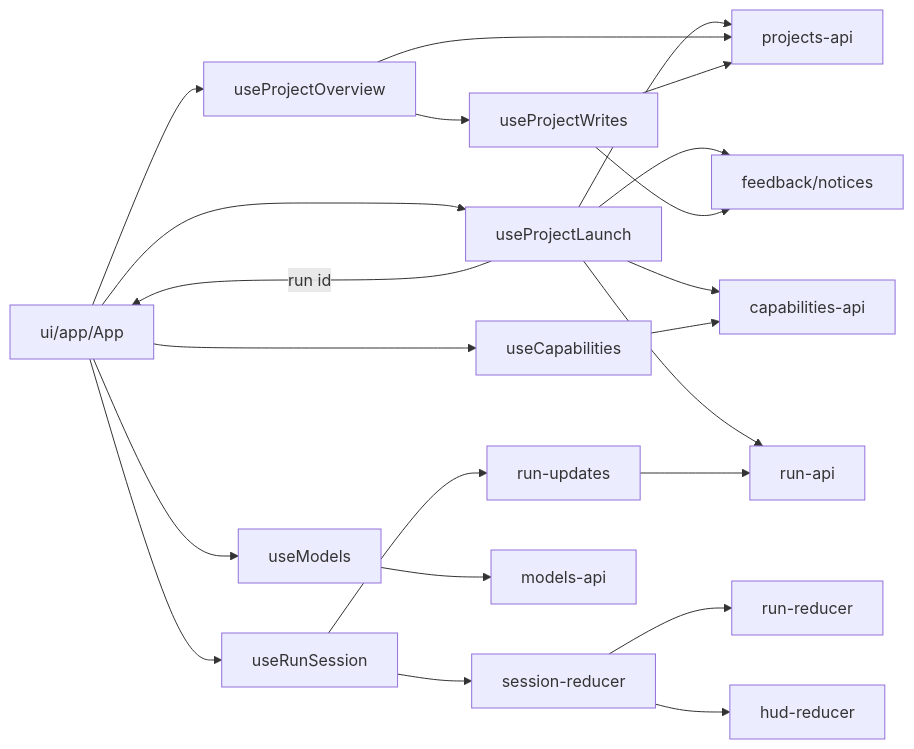
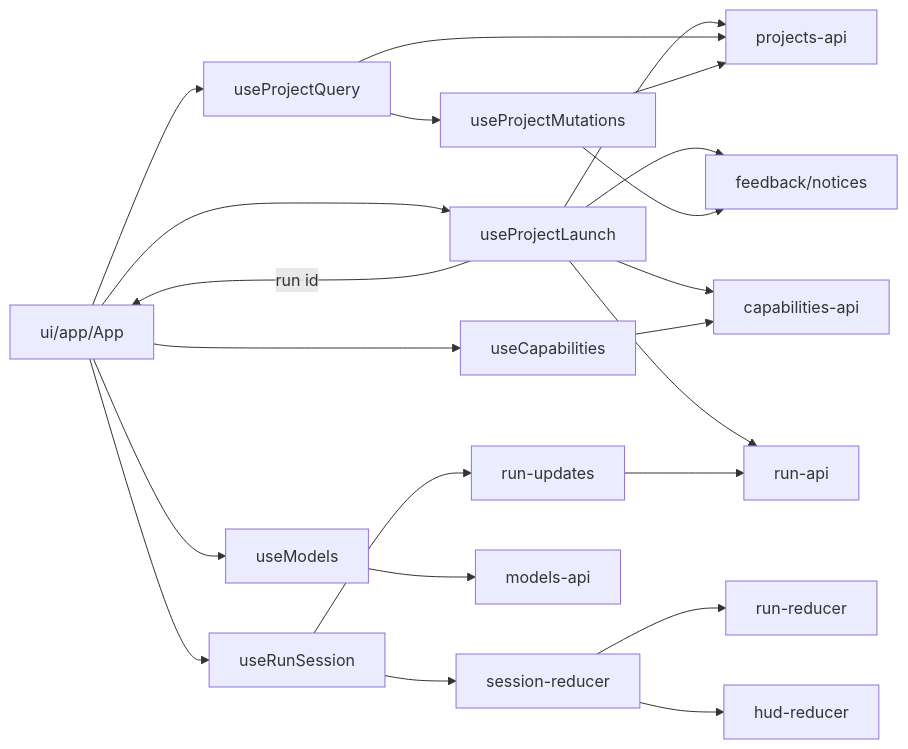
One commit to Tachion-Oy/robozium changed the diagram in desktop/renderer/src/ARCHITECTURE.md. Above: the diagram before and after it, drawn with Mermaid. The commit also changed other lines of this file and 5 other files, not shown here.

First line of the commit message:
Name the project owners after queries and mutations

````diff
--- a/desktop/renderer/src/ARCHITECTURE.md
+++ b/desktop/renderer/src/ARCHITECTURE.md
@@ -45,22 +45,22 @@
 ```mermaid
 flowchart LR
   App["ui/app/App"] --> Models["useModels"]
-  App --> Overview["useProjectOverview"]
+  App --> Query["useProjectQuery"]
   App --> Capabilities["useCapabilities"]
   App --> Launch["useProjectLaunch"]
   App --> Session["useRunSession"]
   Launch -- "run id" --> App
   Launch --> ProjectsApi["projects-api"]
   Launch --> CapabilitiesApi["capabilities-api"]
   Launch --> RunApi["run-api"]
   Launch --> Notices["feedback/notices"]
   Session --> Updates["run-updates"] --> RunApi
   Session --> Reducer["session-reducer"] --> RunReducer["run-reducer"]
   Reducer --> HudReducer["hud-reducer"]
-  Overview --> ProjectsApi
-  Overview --> Writes["useProjectWrites"]
-  Writes --> ProjectsApi
-  Writes --> Notices
+  Query --> ProjectsApi
+  Query --> Mutations["useProjectMutations"]
+  Mutations --> ProjectsApi
+  Mutations --> Notices
   Capabilities --> CapabilitiesApi
   Models --> ModelsApi["models-api"]
 ```
````
